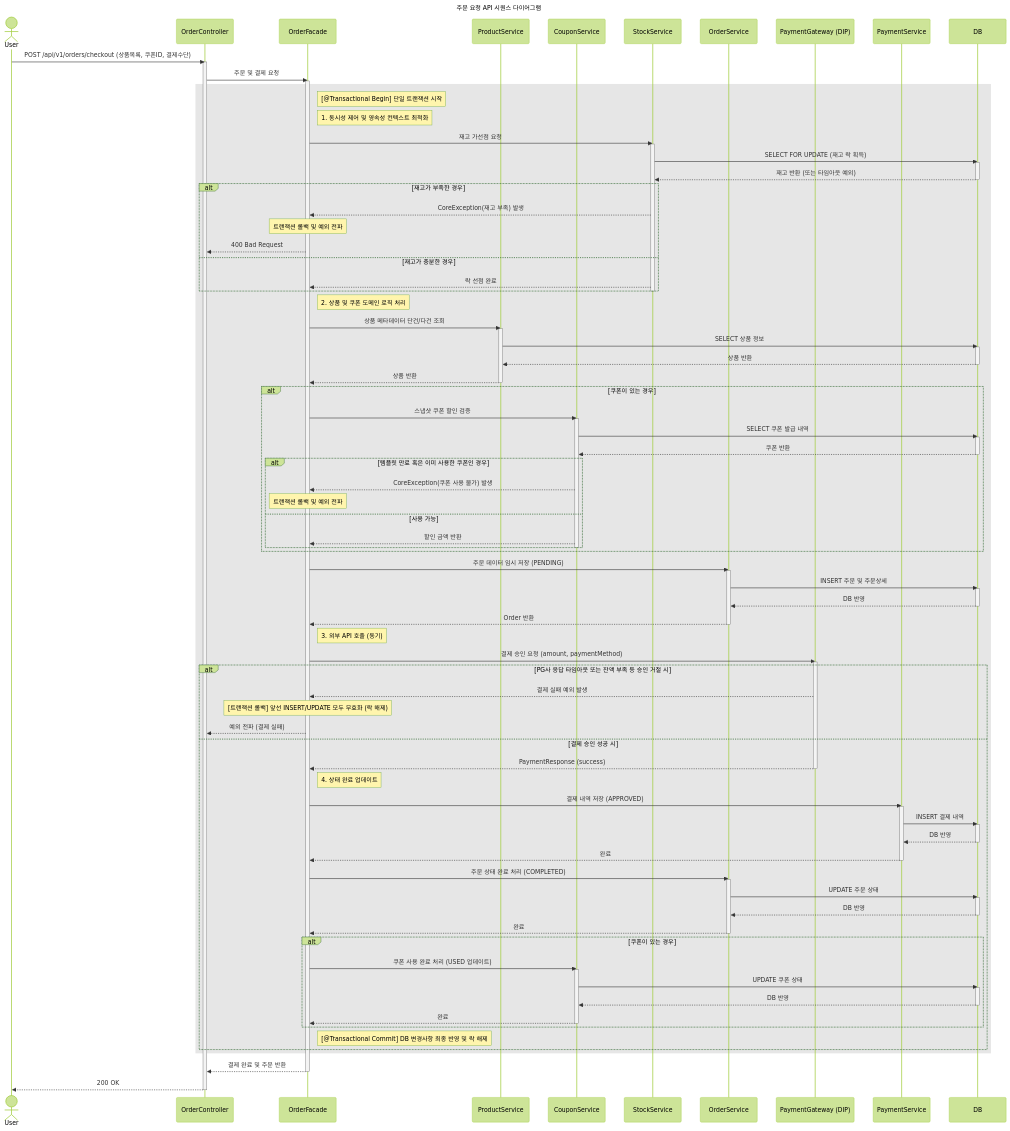
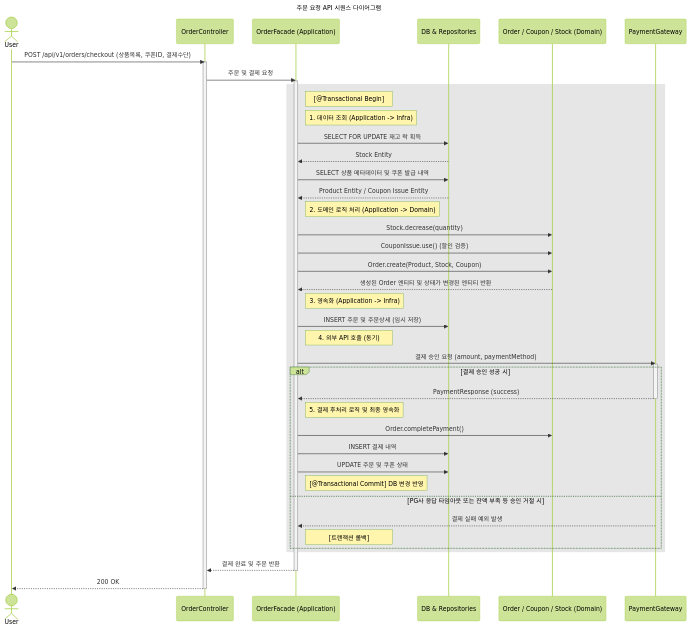
Before and after one commit to loopers-labs/loop-pack-be-l2-vol4-java: the first of 5 diagrams in docs/week2/02-sequence-diagrams.md, drawn with Mermaid (forest theme). The commit also changed other lines of this file and 1 other file, not shown here.

Commit message:
docs: 레이어 정책 변경에 따른 설계 문서 업데이트

```diff
--- a/docs/week2/02-sequence-diagrams.md
+++ b/docs/week2/02-sequence-diagrams.md
@@ -3,14 +3,10 @@
     title 주문 요청 API 시퀀스 다이어그램
     actor User
     participant Controller as OrderController
-    participant Facade as OrderFacade
-    participant ProductSvc as ProductService
-    participant CouponSvc as CouponService
-    participant StockSvc as StockService
-    participant OrderSvc as OrderService
-    participant PG as PaymentGateway (DIP)
-    participant PaySvc as PaymentService
-    participant Repo as DB
+    participant Facade as OrderFacade (Application)
+    participant Repo as DB & Repositories
+    participant Domain as Order / Coupon / Stock (Domain)
+    participant PG as PaymentGateway
 
     User->>Controller: POST /api/v1/orders/checkout (상품목록, 쿠폰ID, 결제수단)
     activate Controller
@@ -19,103 +15,40 @@
     activate Facade
 
     rect rgba(128, 128, 128, 0.2)
-        Note right of Facade: [@Transactional Begin] 단일 트랜잭션 시작
+        Note right of Facade: [@Transactional Begin]
 
-        Note right of Facade: 1. 동시성 제어 및 영속성 컨텍스트 최적화
-        Facade->>StockSvc: 재고 가선점 요청
-        activate StockSvc
-        StockSvc->>Repo: SELECT FOR UPDATE (재고 락 획득)
-        activate Repo
-        Repo-->>StockSvc: 재고 반환 (또는 타임아웃 예외)
-        deactivate Repo
+        Note right of Facade: 1. 데이터 조회 (Application -> Infra)
+        Facade->>Repo: SELECT FOR UPDATE 재고 락 획득
+        Repo-->>Facade: Stock Entity
+        Facade->>Repo: SELECT 상품 메타데이터 및 쿠폰 발급 내역
+        Repo-->>Facade: Product Entity / Coupon Issue Entity
+
+        Note right of Facade: 2. 도메인 로직 처리 (Application -> Domain)
+        Facade->>Domain: Stock.decrease(quantity)
+        Facade->>Domain: CouponIssue.use() (할인 검증)
+        Facade->>Domain: Order.create(Product, Stock, Coupon)
+        Domain-->>Facade: 생성된 Order 엔티티 및 상태가 변경된 엔티티 반환
+
+        Note right of Facade: 3. 영속화 (Application -> Infra)
+        Facade->>Repo: INSERT 주문 및 주문상세 (임시 저장)
         
-        alt 재고가 부족한 경우
-            StockSvc-->>Facade: CoreException(재고 부족) 발생
-            Note over Facade: 트랜잭션 롤백 및 예외 전파
-            Facade-->>Controller: 400 Bad Request
-        else 재고가 충분한 경우
-            StockSvc-->>Facade: 락 선점 완료
-        end
-        deactivate StockSvc
-
-        Note right of Facade: 2. 상품 및 쿠폰 도메인 로직 처리
-        Facade->>ProductSvc: 상품 메타데이터 단건/다건 조회
-        activate ProductSvc
-        ProductSvc->>Repo: SELECT 상품 정보
-        activate Repo
-        Repo-->>ProductSvc: 상품 반환
-        deactivate Repo
-        ProductSvc-->>Facade: 상품 반환
-        deactivate ProductSvc
-
-        alt 쿠폰이 있는 경우
-            Facade->>CouponSvc: 스냅샷 쿠폰 할인 검증
-            activate CouponSvc
-            CouponSvc->>Repo: SELECT 쿠폰 발급 내역
-            activate Repo
-            Repo-->>CouponSvc: 쿠폰 반환
-            deactivate Repo
-            alt 템플릿 만료 혹은 이미 사용한 쿠폰인 경우
-                CouponSvc-->>Facade: CoreException(쿠폰 사용 불가) 발생
-                Note over Facade: 트랜잭션 롤백 및 예외 전파
-            else 사용 가능
-                CouponSvc-->>Facade: 할인 금액 반환
-            end
-            deactivate CouponSvc
-        end
-
-        Facade->>OrderSvc: 주문 데이터 임시 저장 (PENDING)
-        activate OrderSvc
-        OrderSvc->>Repo: INSERT 주문 및 주문상세
-        activate Repo
-        Repo-->>OrderSvc: DB 반영
-        deactivate Repo
-        OrderSvc-->>Facade: Order 반환
-        deactivate OrderSvc
-
-        Note right of Facade: 3. 외부 API 호출 (동기)
+        Note right of Facade: 4. 외부 API 호출 (동기)
         Facade->>PG: 결제 승인 요청 (amount, paymentMethod)
         activate PG
         
-        alt PG사 응답 타임아웃 또는 잔액 부족 등 승인 거절 시
-            PG-->>Facade: 결제 실패 예외 발생
-            Note over Facade: [트랜잭션 롤백] 앞선 INSERT/UPDATE 모두 무효화 (락 해제)
-            Facade-->>Controller: 예외 전파 (결제 실패)
-        else 결제 승인 성공 시
+        alt 결제 승인 성공 시
             PG-->>Facade: PaymentResponse (success)
             deactivate PG
 
-            Note right of Facade: 4. 상태 완료 업데이트
-            Facade->>PaySvc: 결제 내역 저장 (APPROVED)
-            activate PaySvc
-            PaySvc->>Repo: INSERT 결제 내역
-            activate Repo
-            Repo-->>PaySvc: DB 반영
-            deactivate Repo
-            PaySvc-->>Facade: 완료
-            deactivate PaySvc
+            Note right of Facade: 5. 결제 후처리 로직 및 최종 영속화
+            Facade->>Domain: Order.completePayment()
+            Facade->>Repo: INSERT 결제 내역
+            Facade->>Repo: UPDATE 주문 및 쿠폰 상태
 
-            Facade->>OrderSvc: 주문 상태 완료 처리 (COMPLETED)
-            activate OrderSvc
-            OrderSvc->>Repo: UPDATE 주문 상태
-            activate Repo
-            Repo-->>OrderSvc: DB 반영
-            deactivate Repo
-            OrderSvc-->>Facade: 완료
-            deactivate OrderSvc
-
-            alt 쿠폰이 있는 경우
-                Facade->>CouponSvc: 쿠폰 사용 완료 처리 (USED 업데이트)
-                activate CouponSvc
-                CouponSvc->>Repo: UPDATE 쿠폰 상태
-                activate Repo
-                Repo-->>CouponSvc: DB 반영
-                deactivate Repo
-                CouponSvc-->>Facade: 완료
-                deactivate CouponSvc
-            end
-
-            Note right of Facade: [@Transactional Commit] DB 변경사항 최종 반영 및 락 해제
+            Note right of Facade: [@Transactional Commit] DB 변경 반영
+        else PG사 응답 타임아웃 또는 잔액 부족 등 승인 거절 시
+            PG-->>Facade: 결제 실패 예외 발생
+            Note right of Facade: [트랜잭션 롤백] 
         end
     end
 
```
